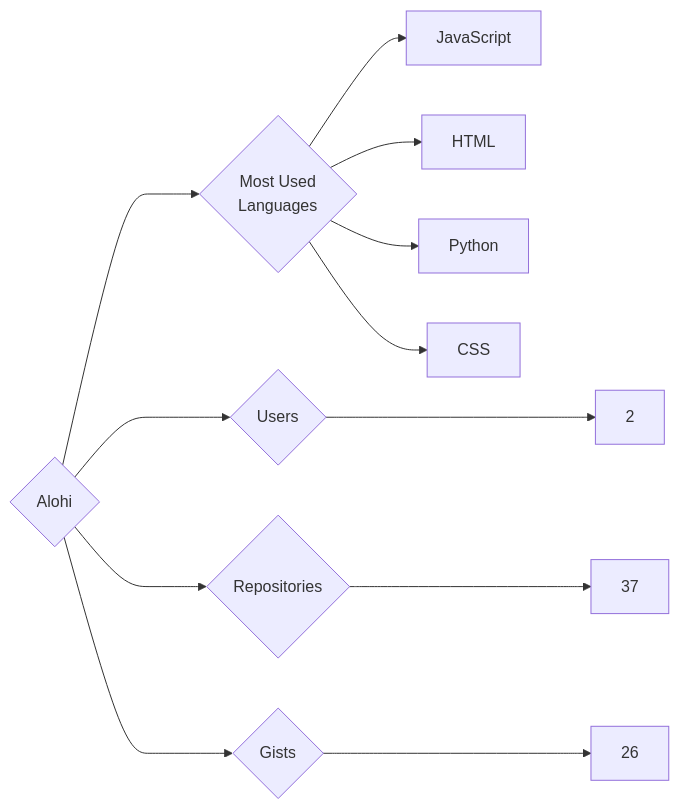
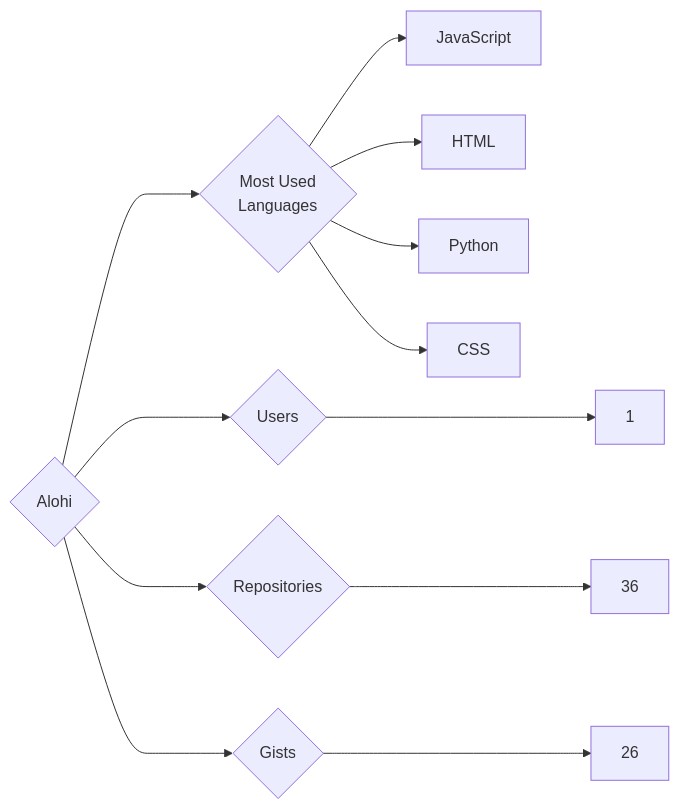
One commit to trickest/insiders changed the diagram in targets/Alohi/README.md. Above: the diagram before and after it, drawn with Mermaid. The commit also changed 693 other files, not shown here.

````diff
--- a/targets/Alohi/README.md
+++ b/targets/Alohi/README.md
@@ -3,12 +3,12 @@
 ```mermaid
 graph LR
 COMPANY_NAME{Alohi}
-COMPANY_NAME ---> U{Users} ---> UN[2]
-COMPANY_NAME ---> R{Repositories} ---> RN[37]
+COMPANY_NAME ---> U{Users} ---> UN[1]
+COMPANY_NAME ---> R{Repositories} ---> RN[36]
 COMPANY_NAME ---> G{Gists} ---> GN[26]
 COMPANY_NAME ---> ML{Most Used<br>Languages}
 ML --> JavaScript[JavaScript]
 ML --> HTML[HTML]
 ML --> Python[Python]
 ML --> CSS[CSS]
 ```
````
